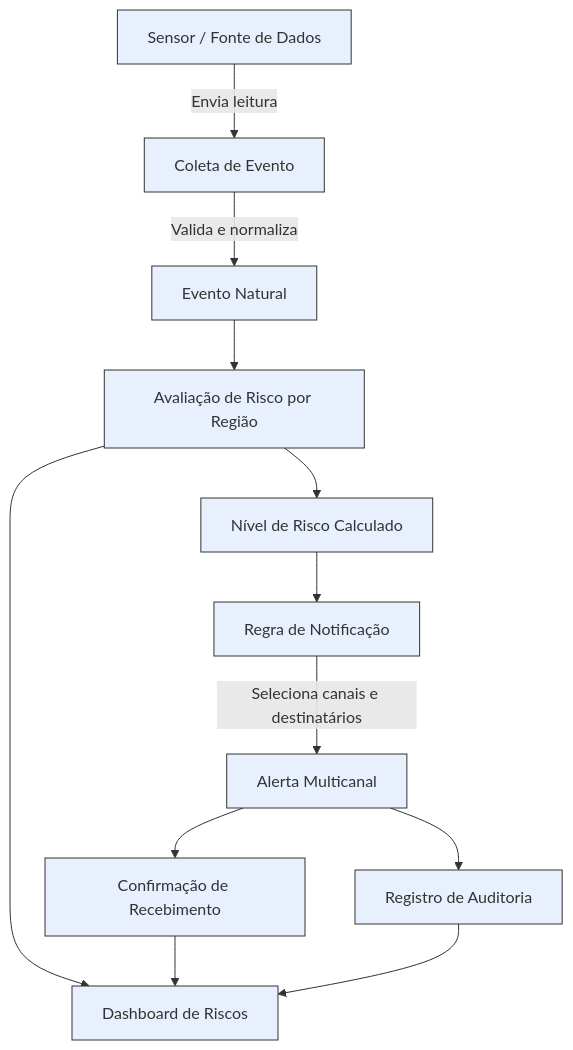
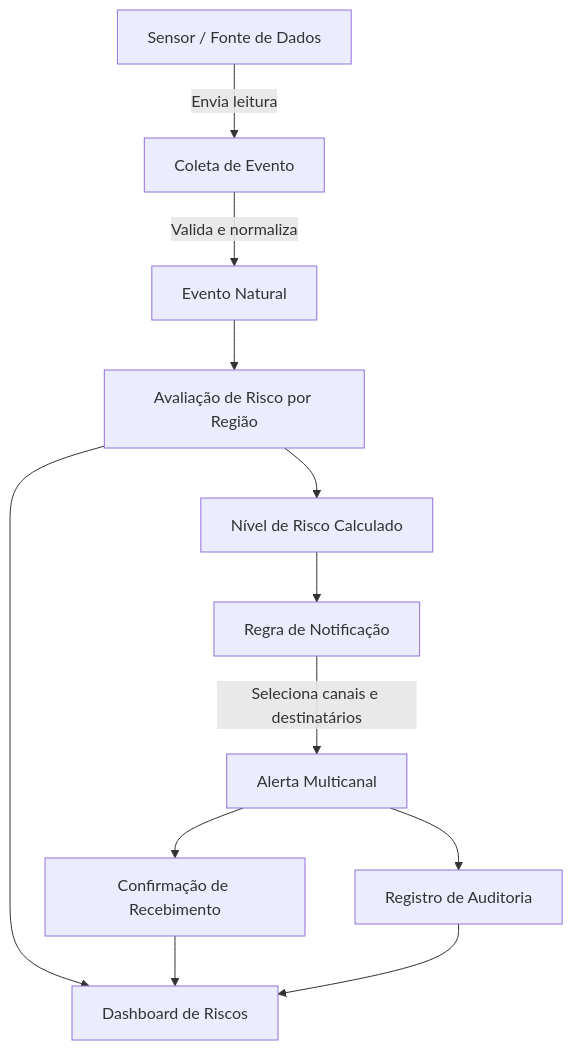
One commit to murilonicemento/sentinel changed the diagram in docs/diagrams/simple-flow.mmd. Above: the diagram before and after it, drawn with Mermaid.

Commit message:
docs(diagram): change colors to better visualization

```diff
--- a/docs/diagrams/simple-flow.mmd
+++ b/docs/diagrams/simple-flow.mmd
@@ -1,37 +1,31 @@
 flowchart TD
     %% =====================
     %% Coleta e Detecção
     %% =====================
     A[Sensor / Fonte de Dados] -->|Envia leitura| B[Coleta de Evento]
     B -->|Valida e normaliza| C[Evento Natural]
 
     %% =====================
     %% Avaliação de Risco
     %% =====================
     C --> D[Avaliação de Risco por Região]
     D --> E[Nível de Risco Calculado]
 
     %% =====================
     %% Orquestração de Alertas
     %% =====================
     E --> F[Regra de Notificação]
     F -->|Seleciona canais e destinatários| G[Alerta Multicanal]
 
     %% =====================
     %% Confirmação e Auditoria
     %% =====================
     G --> H[Confirmação de Recebimento]
     G --> I[Registro de Auditoria]
 
     %% =====================
     %% Observabilidade e Relatórios
     %% =====================
     D --> J[Dashboard de Riscos]
     H --> J
     I --> J
-
-    %% Legenda
-    classDef process fill:#E8F0FE,stroke:#333,stroke-width:1px;
-    classDef data fill:#FEF3E8,stroke:#333,stroke-width:1px;
-
-    class A,B,C,D,E,F,G,H,I,J process
```
